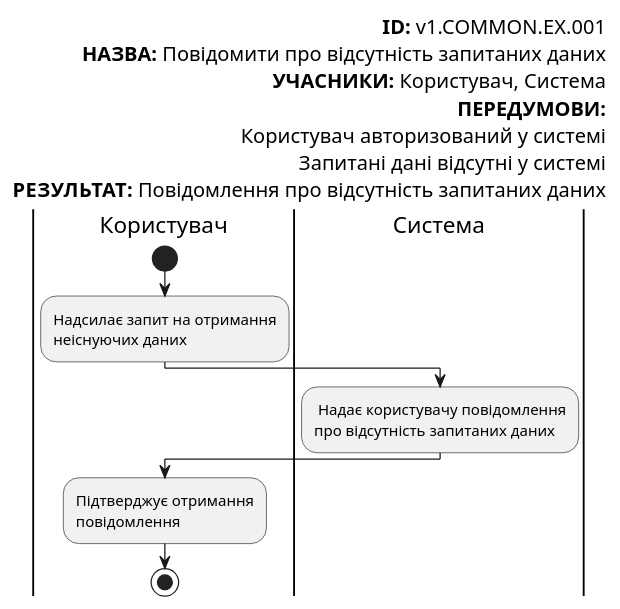
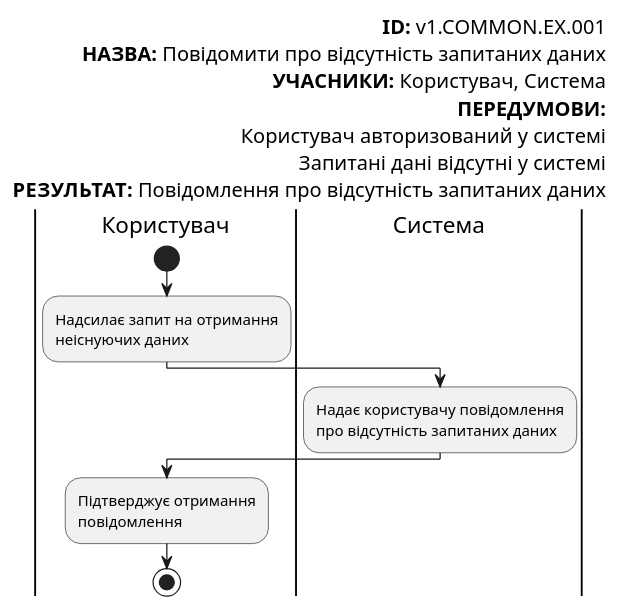
Before and after one commit to gurug-prog/survey-expert: diagram 16 of 23 in docs/use-cases/README.md, drawn with PlantUML. The commit also changed other lines of this file, not shown here.

```diff
--- a/docs/use-cases/README.md
+++ b/docs/use-cases/README.md
@@ -872,27 +886,27 @@
 @startuml
 
 left header
          <font color=000 size=16><b>ID:</b> v1.COMMON.EX.001
          <font color=000 size=16><b>НАЗВА:</b> Повідомити про відсутність запитаних даних
          <font color=000 size=16><b>УЧАСНИКИ:</b> Користувач, Система 
          <font color=000 size=16><b>ПЕРЕДУМОВИ:</b>
          <font color=000 size=16>Користувач авторизований у системі
          <font color=000 size=16>Запитані дані відсутні у системі
          <font color=000 size=16><b>РЕЗУЛЬТАТ:</b> Повідомлення про відсутність запитаних даних
      end header
      |Користувач|
          start
          :Надсилає запит на отримання
          неіснуючих даних;
  
      |Система|
-         : Надає користувачу повідомлення 
+         :Надає користувачу повідомлення 
          про відсутність запитаних даних;
 
      |Користувач|
          :Підтверджує отримання
          повідомлення;
 
           stop;
 
 @enduml
```
